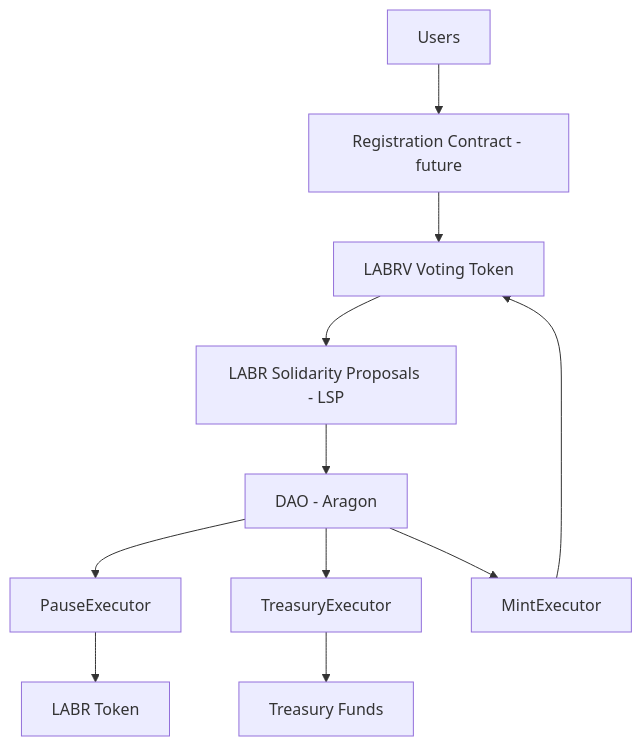
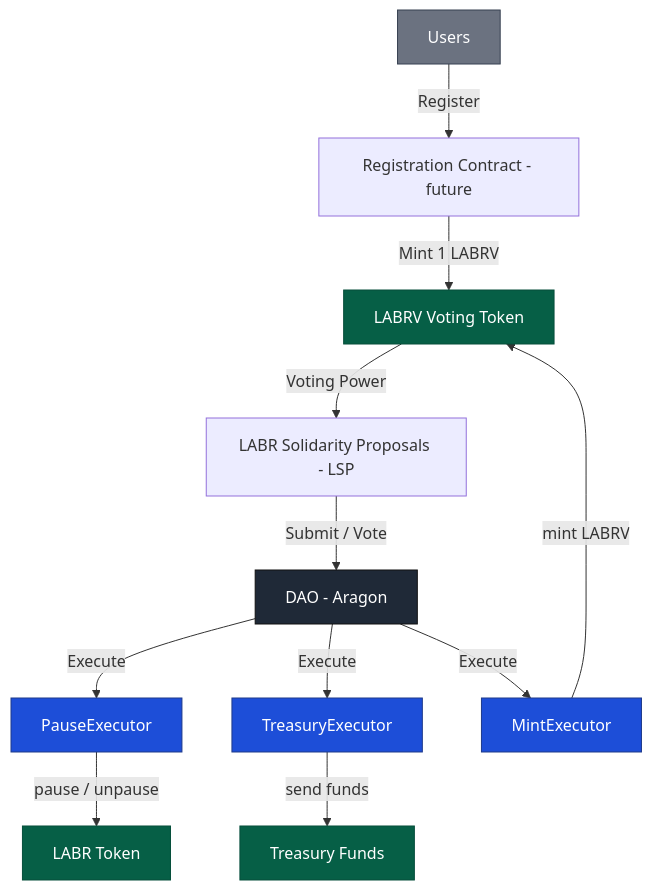
The first of 2 diagrams in docs/architecture-diagram.md (LaborCoinCreator/LaborCoin), drawn with Mermaid before and after one commit. The commit also changed other lines of this file, not shown here.

````diff
--- a/docs/architecture-diagram.md
+++ b/docs/architecture-diagram.md
@@ -2,19 +2,31 @@
 ```mermaid
 flowchart TD
 
-    A[Users] --> B["Registration Contract - future"]
+    %% Nodes
+    A[Users] -->|Register| B["Registration Contract - future"]
 
-    B --> C[LABRV Voting Token]
+    B -->|Mint 1 LABRV| C[LABRV Voting Token]
 
-    C --> D["LABR Solidarity Proposals - LSP"]
+    C -->|Voting Power| D["LABR Solidarity Proposals - LSP"]
 
-    D --> E["DAO - Aragon"]
+    D -->|Submit / Vote| E["DAO - Aragon"]
 
-    E --> F1[PauseExecutor]
-    E --> F2[TreasuryExecutor]
-    E --> F3[MintExecutor]
+    E -->|Execute| F1[PauseExecutor]
+    E -->|Execute| F2[TreasuryExecutor]
+    E -->|Execute| F3[MintExecutor]
 
-    F1 --> G1[LABR Token]
-    F2 --> G2[Treasury Funds]
-    F3 --> C
+    F1 -->|pause / unpause| G1[LABR Token]
+    F2 -->|send funds| G2[Treasury Funds]
+    F3 -->|mint LABRV| C
+
+    %% Styling
+    classDef decision fill:#1f2937,color:#fff,stroke:#111;
+    classDef control fill:#1d4ed8,color:#fff,stroke:#1e3a8a;
+    classDef state fill:#065f46,color:#fff,stroke:#064e3b;
+    classDef user fill:#6b7280,color:#fff,stroke:#374151;
+
+    class E decision;
+    class F1,F2,F3 control;
+    class G1,G2,C state;
+    class A user;
 ```
````
